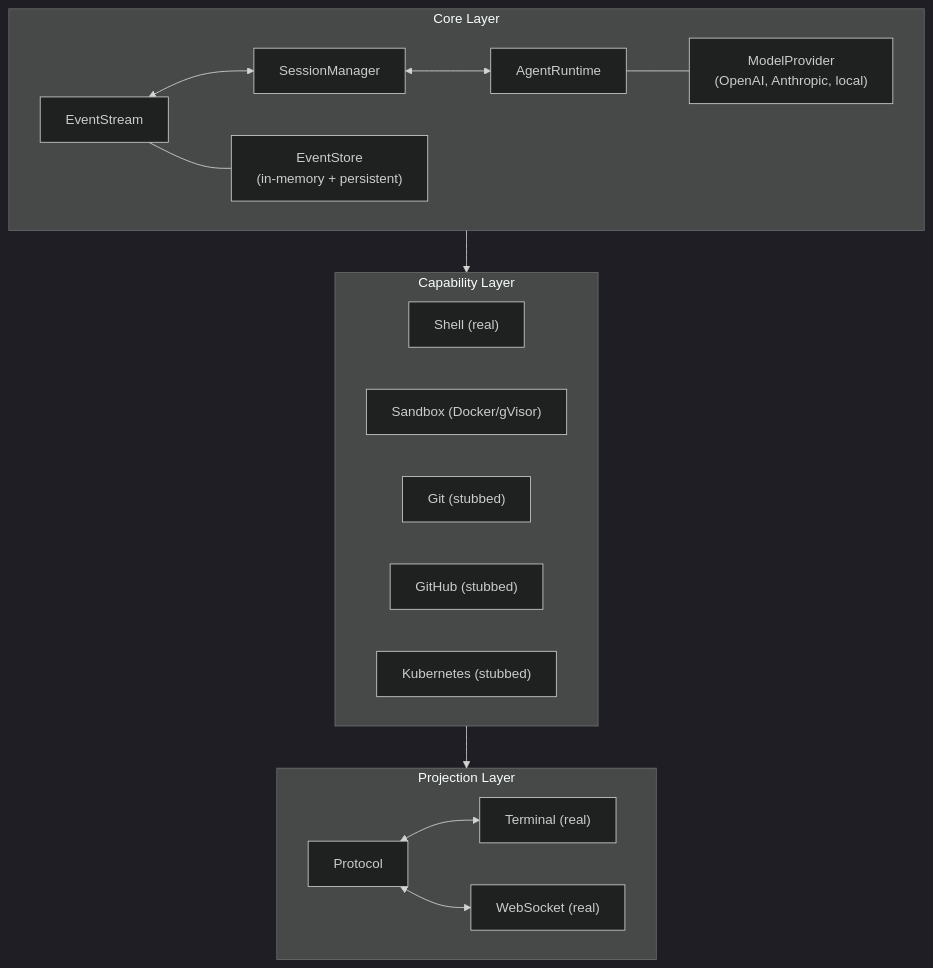
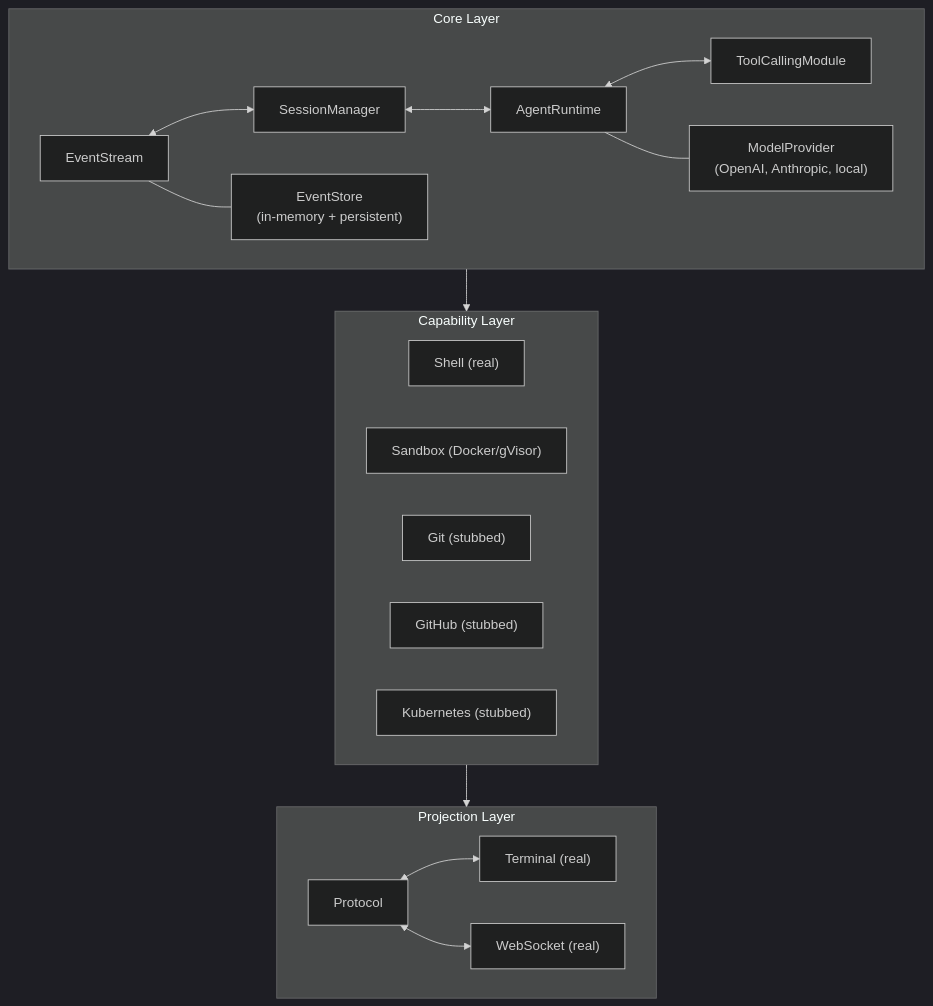
One commit to allentv/kayak-lab changed the first of 2 diagrams in docs/architecture.md. Above: the diagram before and after it, drawn with Mermaid (dark theme). The commit also changed other lines of this file and 31 other files, not shown here.

First line of the commit message:
feat: implement tool-calling change (39 tasks)

````diff
--- a/docs/architecture.md
+++ b/docs/architecture.md
@@ -5,28 +5,29 @@
 ```mermaid
 graph TB
     subgraph Core["Core Layer"]
         ES["EventStream"] <--> SM["SessionManager"]
         SM <--> AR["AgentRuntime"]
+        AR <--> TR["ToolCallingModule"]
         ES --- ESTORE["EventStore<br/>(in-memory + persistent)"]
         AR --- MP["ModelProvider<br/>(OpenAI, Anthropic, local)"]
     end
 
     subgraph Capabilities["Capability Layer"]
         Shell["Shell (real)"]
         Sandbox["Sandbox (Docker/gVisor)"]
         Git["Git (stubbed)"]
         GitHub["GitHub (stubbed)"]
         K8s["Kubernetes (stubbed)"]
     end
 
     subgraph Projections["Projection Layer"]
         Protocol["Protocol"]
         Terminal["Terminal (real)"]
         WebSocket["WebSocket (real)"]
         Protocol <--> Terminal
         Protocol <--> WebSocket
     end
 
     Core --> Capabilities
     Capabilities --> Projections
 ```
````
